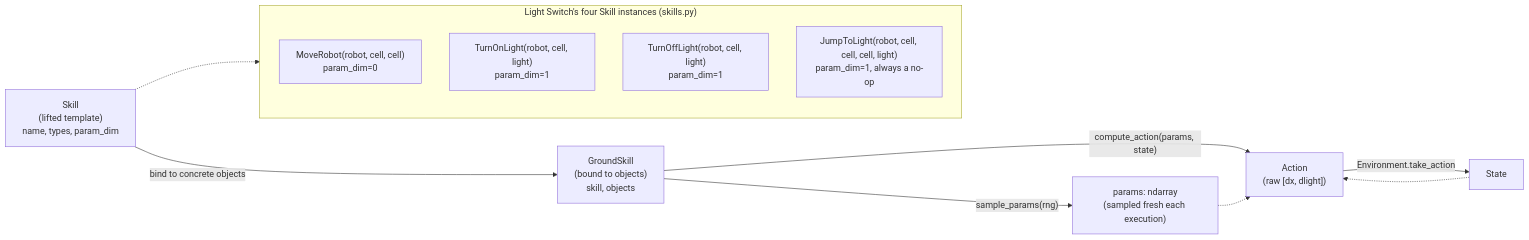
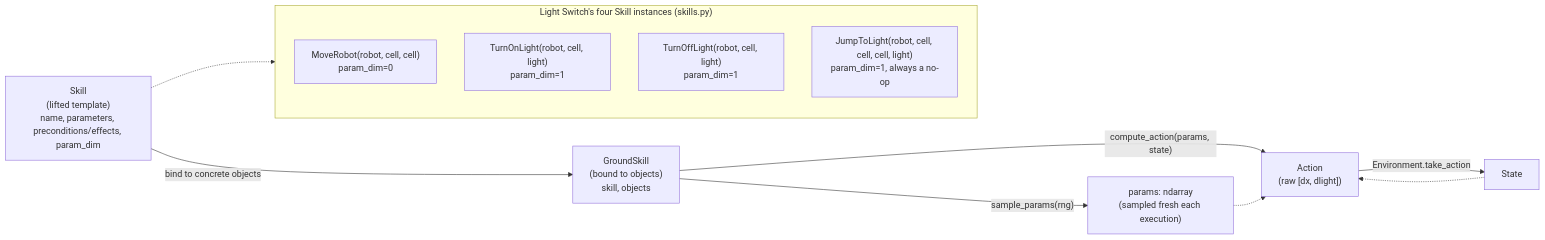
Before and after one commit to joshnroy/human-in-the-loop-practice-makes-perfect: the first of 2 diagrams in src/hitl_pmp/core/README.md, drawn with Mermaid. The commit also changed other lines of this file and 2 other files, not shown here.

First line of the commit message:
Update READMEs for the Variable/LiftedAtom layer and planning/methods split

````diff
--- a/src/hitl_pmp/core/README.md
+++ b/src/hitl_pmp/core/README.md
@@ -261,24 +269,24 @@
 ```mermaid
 flowchart LR
-    skill["Skill<br/>(lifted template)<br/>name, types, param_dim"]
+    skill["Skill<br/>(lifted template)<br/>name, parameters, preconditions/effects, param_dim"]
     ground["GroundSkill<br/>(bound to objects)<br/>skill, objects"]
     params["params: ndarray<br/>(sampled fresh each execution)"]
     action["Action<br/>(raw [dx, dlight])"]
     state["State"]
 
     skill -- "bind to concrete objects" --> ground
     ground -- "sample_params(rng)" --> params
     ground -- "compute_action(params, state)" --> action
     state -.-> action
     params -.-> action
     action -- "Environment.take_action" --> state
 
     subgraph example["Light Switch's four Skill instances (skills.py)"]
         direction TB
         moveRobot["MoveRobot(robot, cell, cell)<br/>param_dim=0"]
         turnOn["TurnOnLight(robot, cell, light)<br/>param_dim=1"]
         turnOff["TurnOffLight(robot, cell, light)<br/>param_dim=1"]
         jump["JumpToLight(robot, cell, cell, cell, light)<br/>param_dim=1, always a no-op"]
     end
     skill -.-> example
 ```
````
